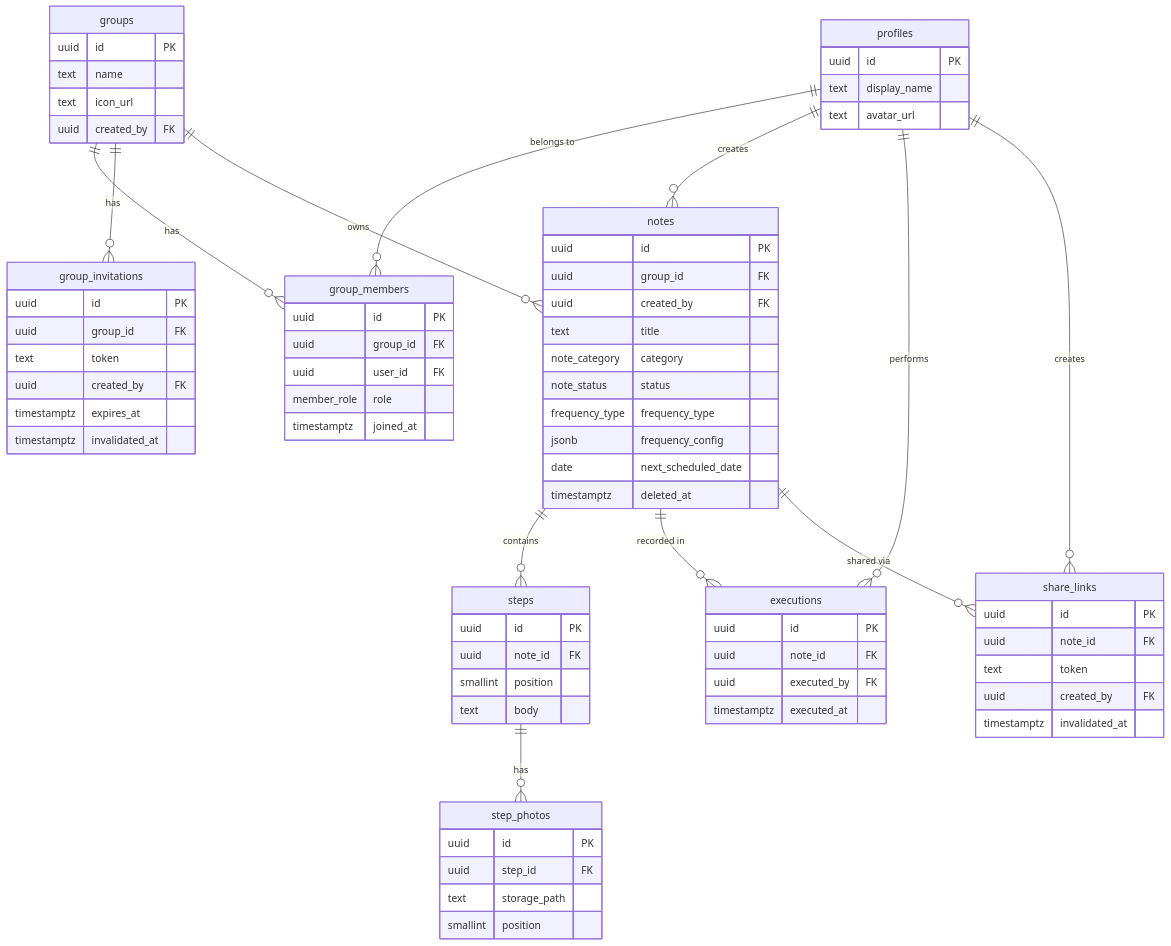
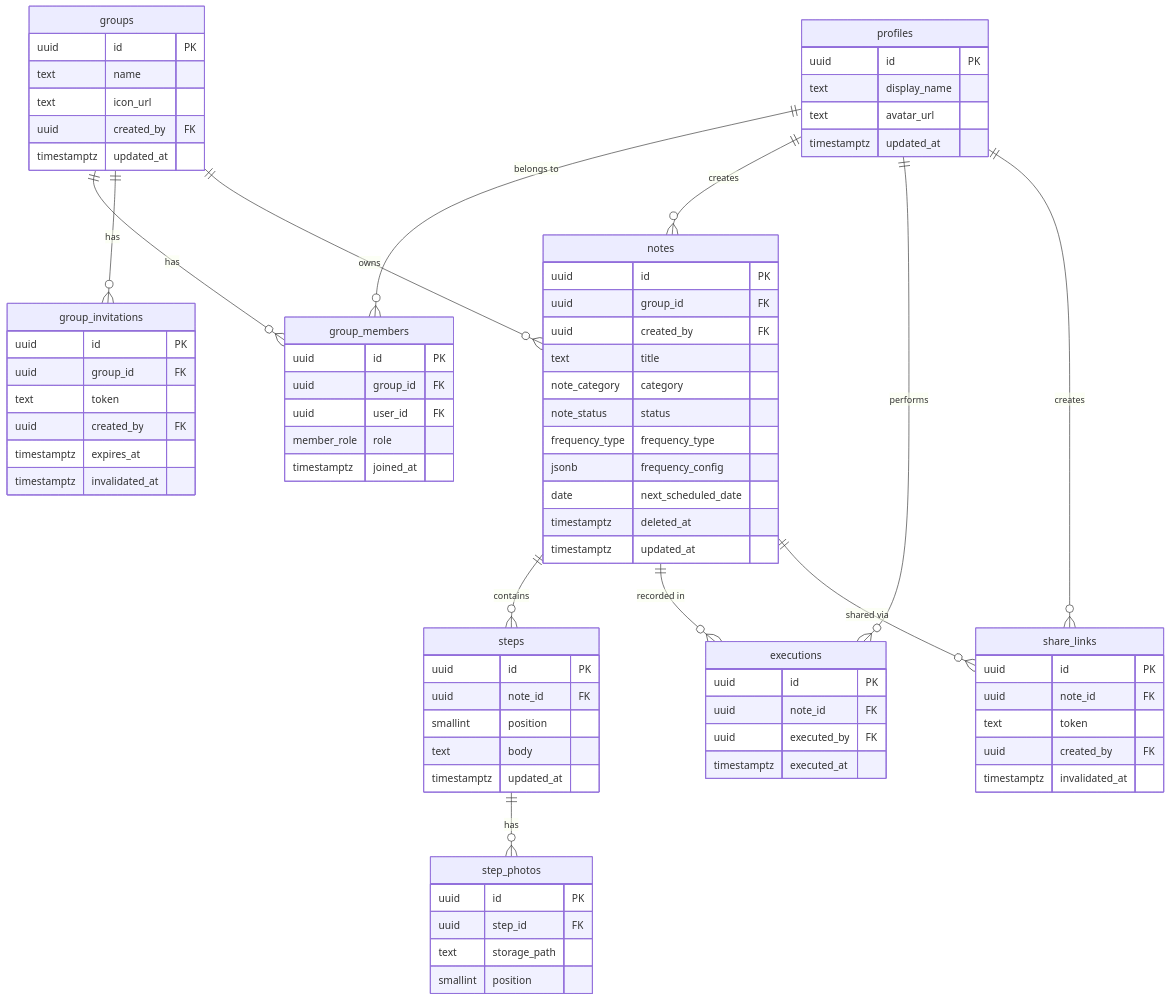
One commit to johnson6128/kaji-note changed the diagram in docs/database-schema.md. Above: the diagram before and after it, drawn with Mermaid. The commit also changed other lines of this file and 3 other files, not shown here.

````diff
--- a/docs/database-schema.md
+++ b/docs/database-schema.md
@@ -10,78 +10,82 @@
 ```mermaid
 erDiagram
     profiles {
         uuid id PK
         text display_name
         text avatar_url
+        timestamptz updated_at
     }
     groups {
         uuid id PK
         text name
         text icon_url
         uuid created_by FK
+        timestamptz updated_at
     }
     group_members {
         uuid id PK
         uuid group_id FK
         uuid user_id FK
         member_role role
         timestamptz joined_at
     }
     group_invitations {
         uuid id PK
         uuid group_id FK
         text token
         uuid created_by FK
         timestamptz expires_at
         timestamptz invalidated_at
     }
     notes {
         uuid id PK
         uuid group_id FK
         uuid created_by FK
         text title
         note_category category
         note_status status
         frequency_type frequency_type
         jsonb frequency_config
         date next_scheduled_date
         timestamptz deleted_at
+        timestamptz updated_at
     }
     steps {
         uuid id PK
         uuid note_id FK
         smallint position
         text body
+        timestamptz updated_at
     }
     step_photos {
         uuid id PK
         uuid step_id FK
         text storage_path
         smallint position
     }
     executions {
         uuid id PK
         uuid note_id FK
         uuid executed_by FK
         timestamptz executed_at
     }
     share_links {
         uuid id PK
         uuid note_id FK
         text token
         uuid created_by FK
         timestamptz invalidated_at
     }
 
     profiles      ||--o{ group_members     : "belongs to"
     groups        ||--o{ group_members     : "has"
     groups        ||--o{ group_invitations : "has"
     groups        ||--o{ notes             : "owns"
     profiles      ||--o{ notes             : "creates"
     notes         ||--o{ steps             : "contains"
     steps         ||--o{ step_photos       : "has"
     notes         ||--o{ executions        : "recorded in"
     profiles      ||--o{ executions        : "performs"
     notes         ||--o{ share_links       : "shared via"
     profiles      ||--o{ share_links       : "creates"
 ```
````
